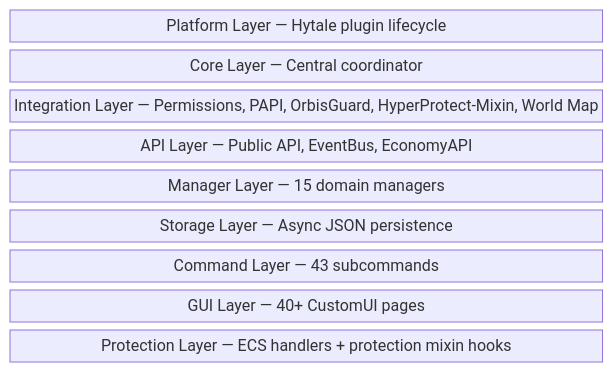
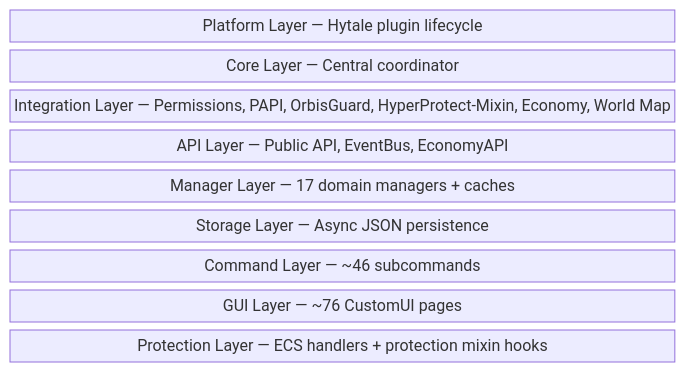
The diagram in docs/architecture.md (HyperSystems-Development/HyperFactions), drawn with Mermaid before and after one commit. The commit also changed other lines of this file and 875 other files, not shown here.

````diff
--- a/docs/architecture.md
+++ b/docs/architecture.md
@@ -9,13 +9,13 @@
 ```mermaid
 block-beta
     columns 1
     A["Platform Layer — Hytale plugin lifecycle"]
     B["Core Layer — Central coordinator"]
-    C["Integration Layer — Permissions, PAPI, OrbisGuard, HyperProtect-Mixin, World Map"]
+    C["Integration Layer — Permissions, PAPI, OrbisGuard, HyperProtect-Mixin, Economy, World Map"]
     D["API Layer — Public API, EventBus, EconomyAPI"]
-    E["Manager Layer — 15 domain managers"]
+    E["Manager Layer — 17 domain managers + caches"]
     F["Storage Layer — Async JSON persistence"]
-    G["Command Layer — 43 subcommands"]
-    H["GUI Layer — 40+ CustomUI pages"]
+    G["Command Layer — ~46 subcommands"]
+    H["GUI Layer — ~76 CustomUI pages"]
     I["Protection Layer — ECS handlers + protection mixin hooks"]
 ```
````
